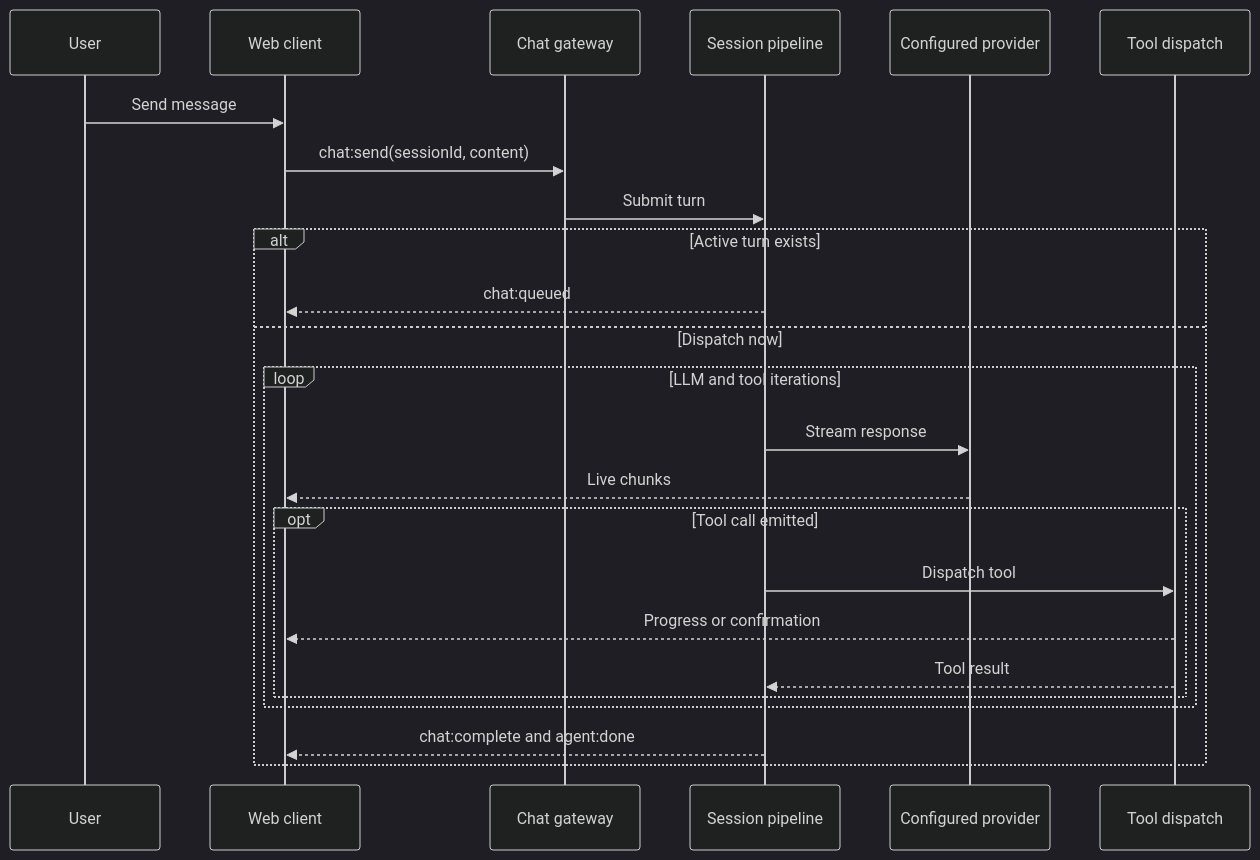
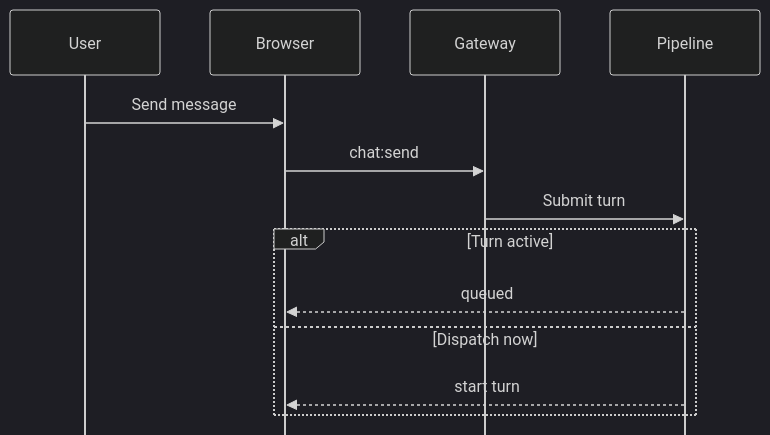
One commit to Radomiej/kalio-forever changed the second of 3 diagrams in README.md. Above: the diagram before and after it, drawn with Mermaid (dark theme). The commit also changed other lines of this file and 28 other files, not shown here.

```diff
--- a/README.md
+++ b/README.md
@@ -179,28 +200,18 @@
 ~~~mermaid
+%%{init: {"sequence": {"mirrorActors": false}}}%%
 sequenceDiagram
   participant U as User
-  participant FE as Web client
-  participant GW as Chat gateway
-  participant P as Session pipeline
-  participant LLM as Configured provider
-  participant T as Tool dispatch
+  participant FE as Browser
+  participant GW as Gateway
+  participant P as Pipeline
 
   U->>FE: Send message
-  FE->>GW: chat:send(sessionId, content)
+  FE->>GW: chat:send
   GW->>P: Submit turn
 
-  alt Active turn exists
-    P-->>FE: chat:queued
+  alt Turn active
+    P-->>FE: queued
   else Dispatch now
-    loop LLM and tool iterations
-      P->>LLM: Stream response
-      LLM-->>FE: Live chunks
-      opt Tool call emitted
-        P->>T: Dispatch tool
-        T-->>FE: Progress or confirmation
-        T-->>P: Tool result
-      end
-    end
-    P-->>FE: chat:complete and agent:done
+    P-->>FE: start turn
   end
 ~~~
```
